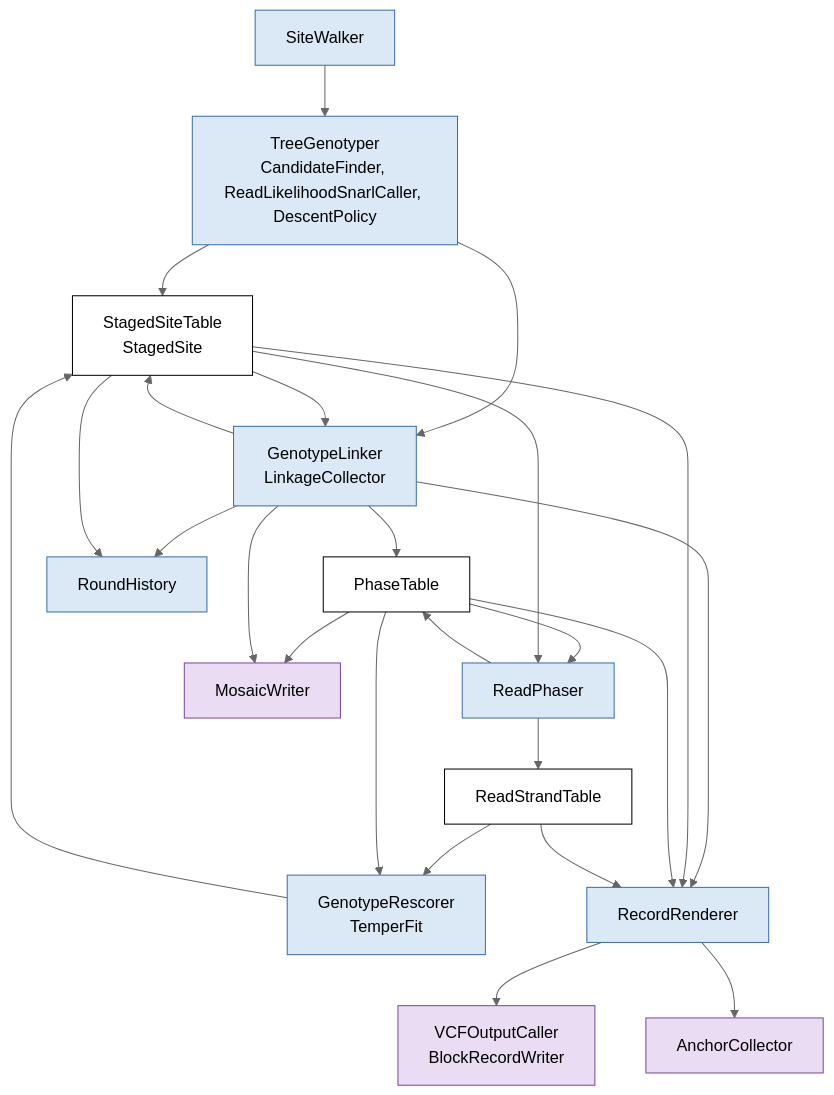
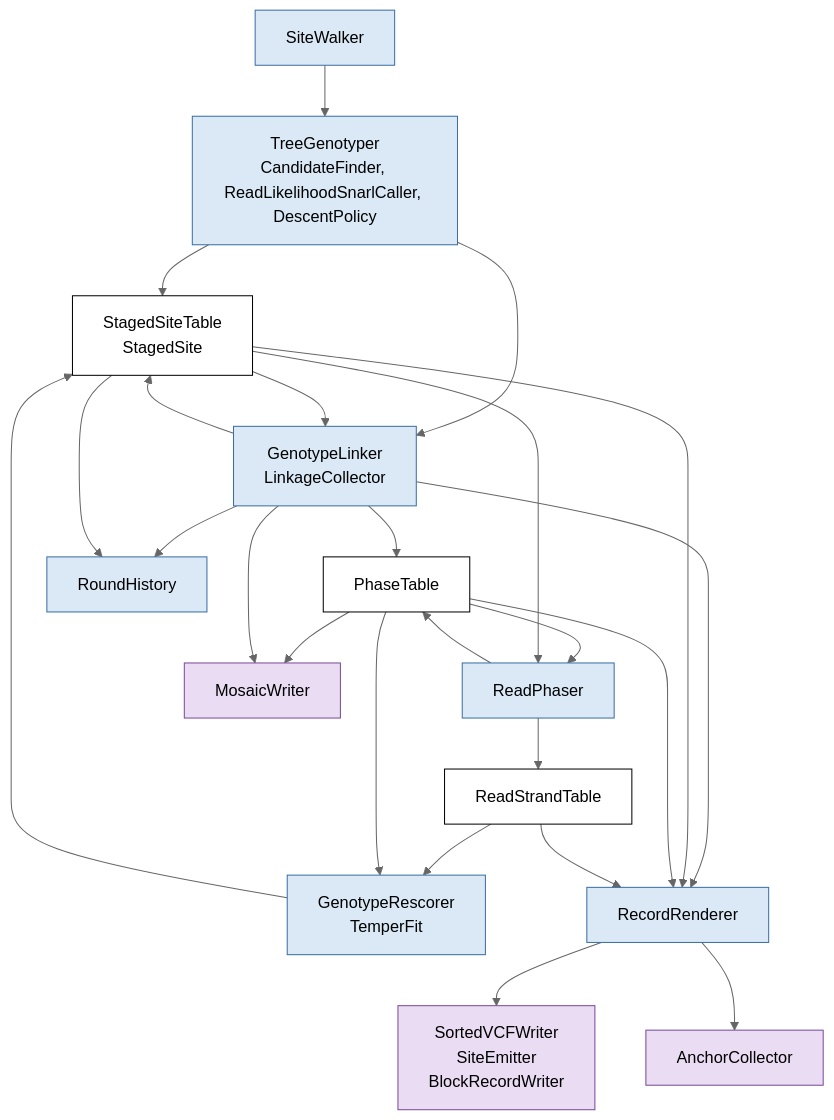
Before and after one commit to vgteam/vg: the diagram in artifacts/doc/read-likelihood-architecture.md, drawn with Mermaid (neutral theme). The commit also changed other lines of this file and 29 other files, not shown here.

Commit message:
call: rename VCFOutputCaller to SortedVCFWriter, held as a member by every caller instead of inherited

````diff
--- a/artifacts/doc/read-likelihood-architecture.md
+++ b/artifacts/doc/read-likelihood-architecture.md
@@ -104,44 +105,44 @@
 ```mermaid
 flowchart TD
     walker["SiteWalker"]:::widget
     tree["TreeGenotyper<br/>CandidateFinder, ReadLikelihoodSnarlCaller, DescentPolicy"]:::widget
     staged["StagedSiteTable<br/>StagedSite"]:::data
     linker["GenotypeLinker<br/>LinkageCollector"]:::widget
     phases["PhaseTable"]:::data
     phaser["ReadPhaser"]:::widget
     strands["ReadStrandTable"]:::data
     rescorer["GenotypeRescorer<br/>TemperFit"]:::widget
     history["RoundHistory"]:::widget
     renderer["RecordRenderer"]:::widget
-    output["VCFOutputCaller<br/>BlockRecordWriter"]:::output
+    output["SortedVCFWriter<br/>SiteEmitter<br/>BlockRecordWriter"]:::output
     anchors["AnchorCollector"]:::output
     mosaic["MosaicWriter"]:::output
 
     walker --> tree
     tree --> staged
     tree --> linker
     staged --> linker
     linker --> staged
     linker --> phases
     phases --> phaser
     staged --> phaser
     phaser --> phases
     phaser --> strands
     strands --> rescorer
     phases --> rescorer
     rescorer --> staged
     linker --> history
     staged --> history
     linker --> renderer
     staged --> renderer
     phases --> renderer
     strands --> renderer
     renderer --> output
     renderer --> anchors
     phases --> mosaic
     linker --> mosaic
 
     classDef widget fill:#dbe9f6,stroke:#3a6ea5,color:#000000
     classDef data fill:#ffffff,stroke:#000000,color:#000000
     classDef output fill:#eadcf2,stroke:#7a4a9a,color:#000000
 ```
````
